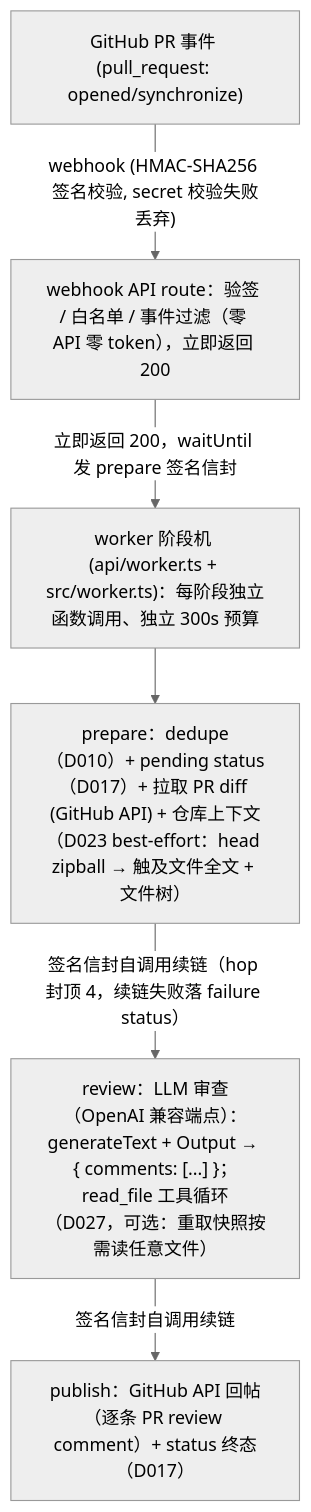
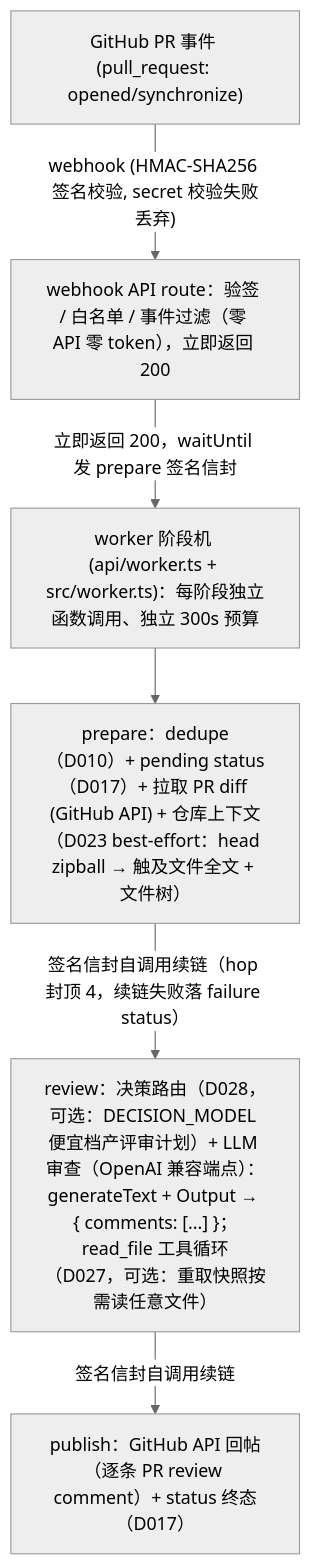
The diagram in docs/architecture.md (blingblingredstar/pr-review-agent), drawn with Mermaid (neutral theme) before and after one commit. The commit also changed other lines of this file and 16 other files, not shown here.

````diff
--- a/docs/architecture.md
+++ b/docs/architecture.md
@@ -7,8 +7,8 @@
 ```mermaid
 flowchart TD
     A["GitHub PR 事件 (pull_request: opened/synchronize)"] -->|"webhook (HMAC-SHA256 签名校验, secret 校验失败丢弃)"| B["webhook API route：验签 / 白名单 / 事件过滤（零 API 零 token），立即返回 200"]
     B -->|"立即返回 200，waitUntil 发 prepare 签名信封"| W["worker 阶段机 (api/worker.ts + src/worker.ts)：每阶段独立函数调用、独立 300s 预算"]
     W --> P["prepare：dedupe（D010）+ pending status（D017）+ 拉取 PR diff (GitHub API) + 仓库上下文（D023 best-effort：head zipball → 触及文件全文 + 文件树）"]
-    P -->|"签名信封自调用续链（hop 封顶 4，续链失败落 failure status）"| R["review：LLM 审查（OpenAI 兼容端点）：generateText + Output → { comments: [...] }；read_file 工具循环（D027，可选：重取快照按需读任意文件）"]
+    P -->|"签名信封自调用续链（hop 封顶 4，续链失败落 failure status）"| R["review：决策路由（D028，可选：DECISION_MODEL 便宜档产评审计划）+ LLM 审查（OpenAI 兼容端点）：generateText + Output → { comments: [...] }；read_file 工具循环（D027，可选：重取快照按需读任意文件）"]
     R -->|"签名信封自调用续链"| PB["publish：GitHub API 回帖（逐条 PR review comment）+ status 终态（D017）"]
 ```
````
